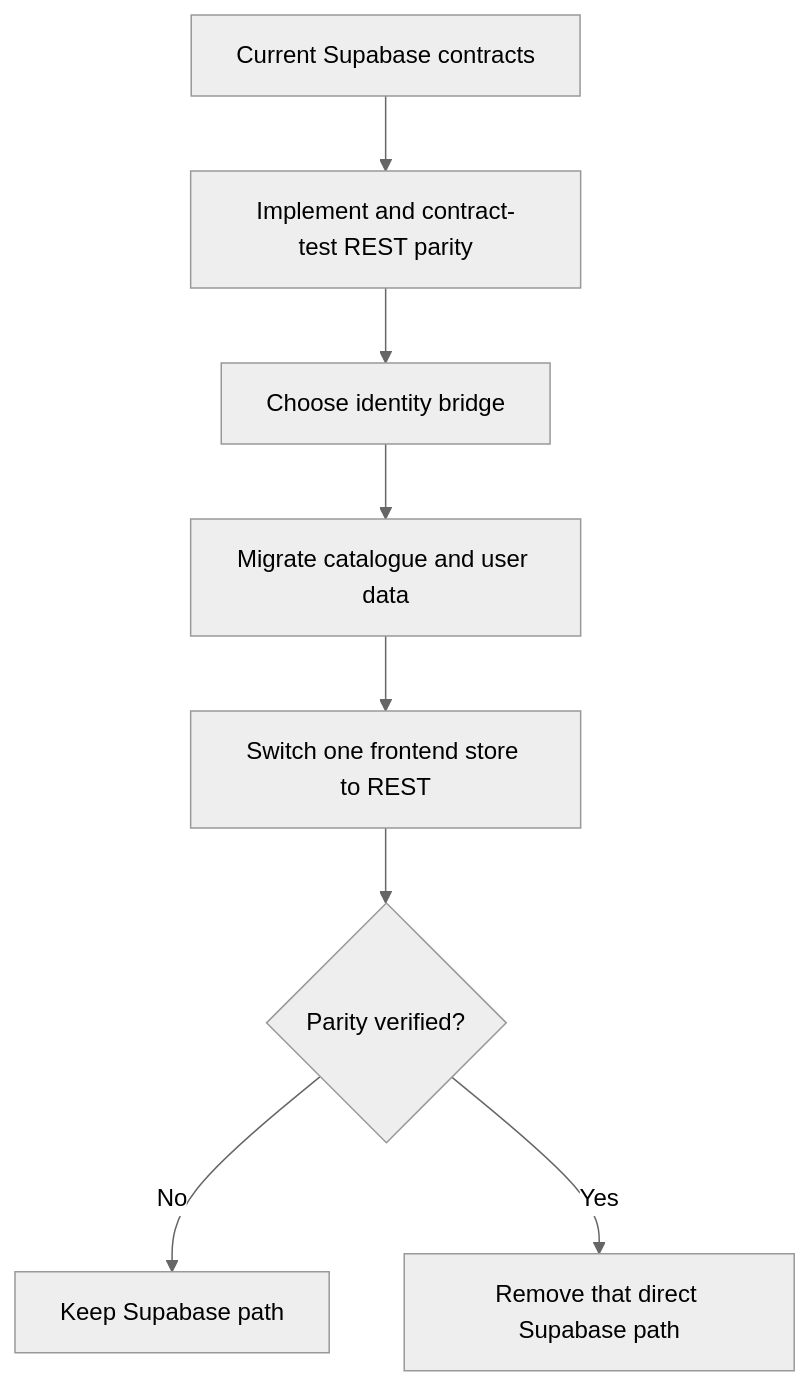
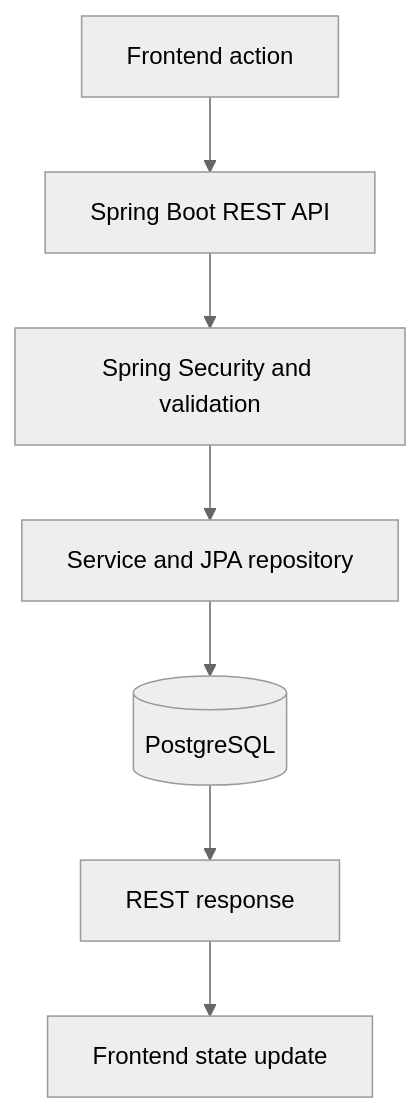
One commit to BitStunner/TopRopes-Backend changed the third of 3 diagrams in docs/architecture/FLOWCHART.md. Above: the diagram before and after it, drawn with Mermaid. The commit also changed other lines of this file and 28 other files, not shown here.

Commit message:
remove supabase match frontend

````diff
--- a/docs/architecture/FLOWCHART.md
+++ b/docs/architecture/FLOWCHART.md
@@ -33,11 +33,10 @@
 ```mermaid
 %%{init: {'theme': 'neutral'}}%%
 flowchart TD
-  A[Current Supabase contracts] --> B[Implement and contract-test REST parity]
-  B --> C[Choose identity bridge]
-  C --> D[Migrate catalogue and user data]
-  D --> E[Switch one frontend store to REST]
-  E --> F{Parity verified?}
-  F -- No --> G[Keep Supabase path]
-  F -- Yes --> H[Remove that direct Supabase path]
+  A[Frontend action] --> B[Spring Boot REST API]
+  B --> C[Spring Security and validation]
+  C --> D[Service and JPA repository]
+  D --> E[(PostgreSQL)]
+  E --> F[REST response]
+  F --> G[Frontend state update]
 ```
````
